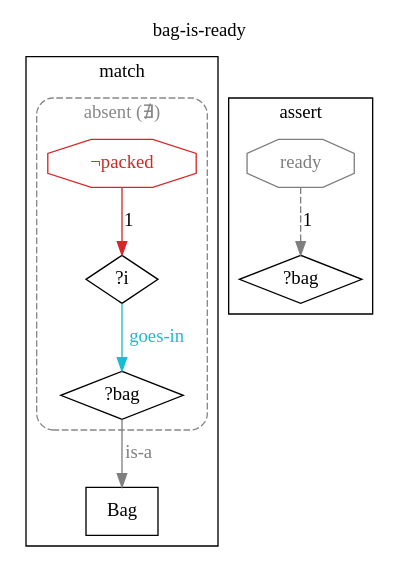
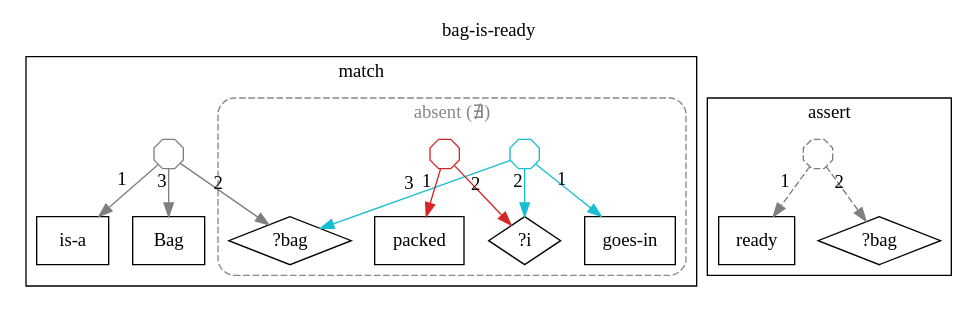
Before and after one commit to agutikov/ein: the diagram in docs/ein/user/03-syntax-and-semantics/diagrams/11-rule-bag-is-ready-written-out.dot, drawn with Graphviz. The commit also changed 254 other files, not shown here.

```diff
--- a/docs/ein/user/03-syntax-and-semantics/diagrams/11-rule-bag-is-ready-written-out.dot
+++ b/docs/ein/user/03-syntax-and-semantics/diagrams/11-rule-bag-is-ready-written-out.dot
@@ -1,21 +1,33 @@
 digraph rule_bag_is_ready_lhs_rhs {
   rankdir=TB;
   label="bag-is-ready"; labelloc=t;
   subgraph cluster_lhs { label="match";
+    "is-a_L" [label="is-a", shape=box];
     "?bag_L" [label="?bag", shape=diamond];
-    "Bag_L" [label="Bag", shape=rectangle];
-    "?bag_L" -> "Bag_L" [label="is-a", color="#7f7f7f", fontcolor="#7f7f7f"];
+    "Bag_L" [label="Bag", shape=box];
+    "h1_is-a_L" [shape=octagon, label="", width=0.3, height=0.3, fixedsize=true, color="#7f7f7f"];
+    "h1_is-a_L" -> "is-a_L" [xlabel="1", color="#7f7f7f"];
+    "h1_is-a_L" -> "?bag_L" [xlabel="2", color="#7f7f7f"];
+    "h1_is-a_L" -> "Bag_L" [xlabel="3", color="#7f7f7f"];
     subgraph cluster_absent_L_0 {
       label="absent (∄)"; style="dashed,rounded"; color="#888888"; fontcolor="#888888";
+      "goes-in_L" [label="goes-in", shape=box];
       "?i_L" [label="?i", shape=diamond];
-      "?i_L" -> "?bag_L" [label="goes-in", color="#17becf", fontcolor="#17becf"];
-      "h1_packed_L" [shape=octagon, label="¬packed", color="#d62728", fontcolor="#d62728"];
-      "h1_packed_L" -> "?i_L" [label="1", color="#d62728"];
+      "packed_L" [label="packed", shape=box];
+      "h2_goes-in_L" [shape=octagon, label="", width=0.3, height=0.3, fixedsize=true, color="#17becf"];
+      "h2_goes-in_L" -> "goes-in_L" [xlabel="1", color="#17becf"];
+      "h2_goes-in_L" -> "?i_L" [xlabel="2", color="#17becf"];
+      "h2_goes-in_L" -> "?bag_L" [xlabel="3", color="#17becf"];
+      "h3_packed_L" [shape=octagon, label="", width=0.3, height=0.3, fixedsize=true, color="#d62728"];
+      "h3_packed_L" -> "packed_L" [xlabel="1", color="#d62728"];
+      "h3_packed_L" -> "?i_L" [xlabel="2", color="#d62728"];
     }
   }
   subgraph cluster_rhs { label="assert";
+    "ready_R" [label="ready", shape=box];
     "?bag_R" [label="?bag", shape=diamond];
-    "h2_ready_R" [shape=octagon, label="ready", color="#7f7f7f", fontcolor="#7f7f7f"];
-    "h2_ready_R" -> "?bag_R" [label="1", color="#7f7f7f", style=dashed];
+    "h4_ready_R" [shape=octagon, label="", width=0.3, height=0.3, fixedsize=true, color="#7f7f7f", style=dashed];
+    "h4_ready_R" -> "ready_R" [xlabel="1", color="#7f7f7f", style=dashed];
+    "h4_ready_R" -> "?bag_R" [xlabel="2", color="#7f7f7f", style=dashed];
   }
 }
```
